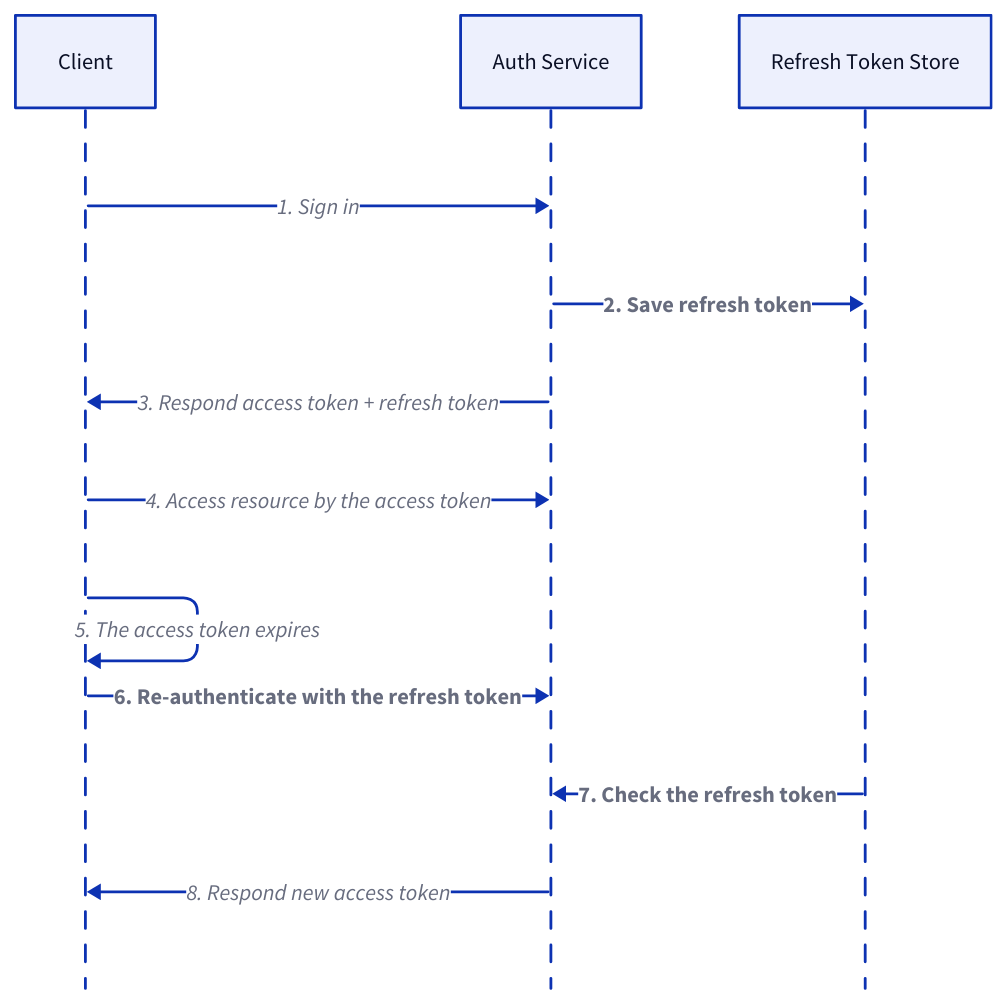
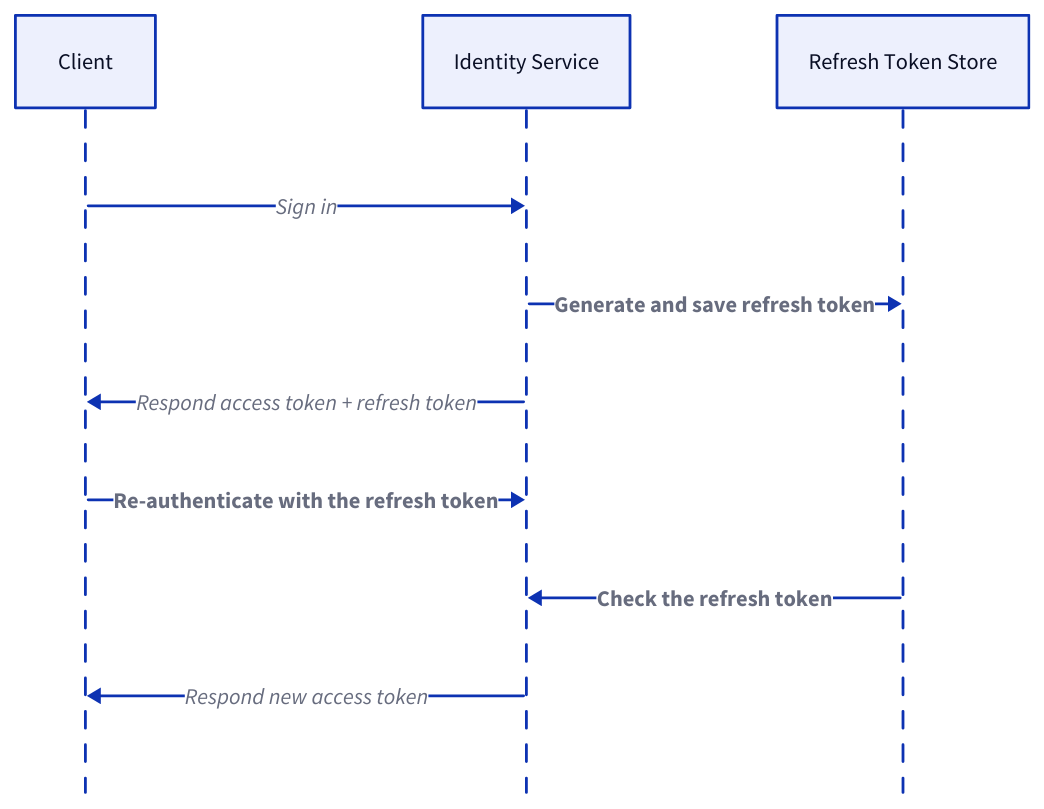
The sixth of 25 diagrams in content/docs/system-administration/system-protection/iam.md (link1905/system-design-101), drawn with D2 before and after one commit. The commit also changed other lines of this file and 9 other files, not shown here.

````diff
--- a/content/docs/system-administration/system-protection/iam.md
+++ b/content/docs/system-administration/system-protection/iam.md
@@ -329,27 +304,25 @@
 ```d2
 shape: sequence_diagram
 c: Client {
     class: client
 }
-a: Auth Service {
+a: Identity Service {
     class: server
 }
 store: Refresh Token Store {
     class: cache
 }
 
-c -> a: 1. Sign in
-a -> store: 2. Save refresh token {
+c -> a: Sign in
+a -> store: Generate and save refresh token {
     style.bold: true
 }
-c <- a: 3. Respond access token + refresh token
-c -> a: 4. Access resource by the access token
-c -> c: 5. The access token expires
-c -> a: 6. Re-authenticate with the refresh token {
+c <- a: Respond access token + refresh token
+c -> a: Re-authenticate with the refresh token {
     style.bold: true
 }
-a <- store: 7. Check the refresh token {
+a <- store: Check the refresh token {
     style.bold: true
 }
-c <- a: 8. Respond new access token
+c <- a: Respond new access token
 ```
````
